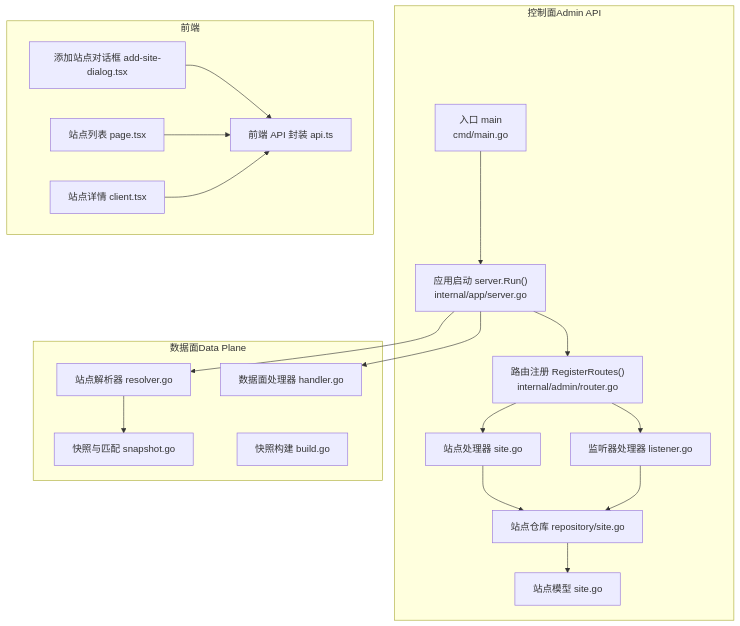
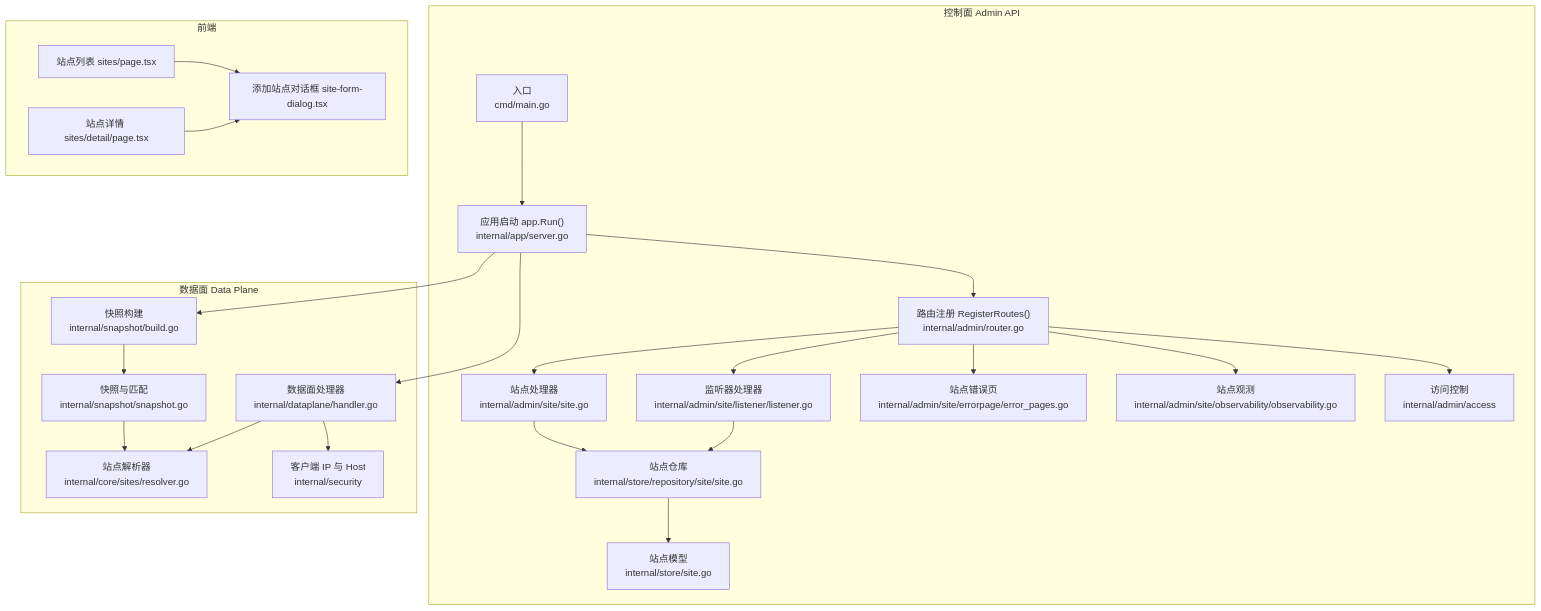
The first of 6 diagrams in docs/管理 API 系统/站点管理 API.md (x01n/My-OpenWaf), drawn with Mermaid before and after one commit. The commit also changed other lines of this file and 622 other files, not shown here.

````diff
--- a/docs/管理 API 系统/站点管理 API.md
+++ b/docs/管理 API 系统/站点管理 API.md
@@ -45,37 +66,42 @@
 ```mermaid
 graph TB
-subgraph "控制面Admin API"
-MAIN["入口 main<br/>cmd/main.go"]
-APP["应用启动 server.Run()<br/>internal/app/server.go"]
+subgraph "控制面 Admin API"
+MAIN["入口<br/>cmd/main.go"]
+APP["应用启动 app.Run()<br/>internal/app/server.go"]
 ROUTER["路由注册 RegisterRoutes()<br/>internal/admin/router.go"]
-HANDLER["站点处理器 site.go"]
-LISTENER_HANDLER["监听器处理器 listener.go"]
-REPO["站点仓库 repository/site.go"]
-MODELS["站点模型 site.go"]
+SITEH["站点处理器<br/>internal/admin/site/site.go"]
+LISH["监听器处理器<br/>internal/admin/site/listener/listener.go"]
+ERRH["站点错误页<br/>internal/admin/site/errorpage/error_pages.go"]
+OBSH["站点观测<br/>internal/admin/site/observability/observability.go"]
+ACCH["访问控制<br/>internal/admin/access"]
+REPO["站点仓库<br/>internal/store/repository/site/site.go"]
+MODELS["站点模型<br/>internal/store/site.go"]
 end
-subgraph "数据面Data Plane"
-RESOLVER["站点解析器 resolver.go"]
-SNAPSHOT["快照与匹配 snapshot.go"]
-BUILD["快照构建 build.go"]
-DP_HANDLER["数据面处理器 handler.go"]
+subgraph "数据面 Data Plane"
+RESOLVER["站点解析器<br/>internal/core/sites/resolver.go"]
+SNAP["快照与匹配<br/>internal/snapshot/snapshot.go"]
+BUILD["快照构建<br/>internal/snapshot/build.go"]
+DPH["数据面处理器<br/>internal/dataplane/handler.go"]
+SEC["客户端 IP 与 Host<br/>internal/security"]
 end
 subgraph "前端"
-DIALOG["添加站点对话框 add-site-dialog.tsx"]
-API["前端 API 封装 api.ts"]
-PAGE["站点列表 page.tsx"]
-CLIENT["站点详情 client.tsx"]
+LIST["站点列表 sites/page.tsx"]
+DETAIL["站点详情 sites/detail/page.tsx"]
+DIALOG["添加站点对话框 site-form-dialog.tsx"]
 end
-MAIN --> APP
-APP --> ROUTER
-ROUTER --> HANDLER
-ROUTER --> LISTENER_HANDLER
-HANDLER --> REPO
-LISTENER_HANDLER --> REPO
+MAIN --> APP --> ROUTER
+ROUTER --> SITEH
+ROUTER --> LISH
+ROUTER --> ERRH
+ROUTER --> OBSH
+ROUTER --> ACCH
+SITEH --> REPO
+LISH --> REPO
 REPO --> MODELS
-APP --> RESOLVER
-RESOLVER --> SNAPSHOT
-APP --> DP_HANDLER
-DIALOG --> API
-PAGE --> API
-CLIENT --> API
+APP --> BUILD --> SNAP --> RESOLVER
+APP --> DPH
+DPH --> SEC
+DPH --> RESOLVER
+LIST --> DIALOG
+DETAIL --> DIALOG
 ```
````
